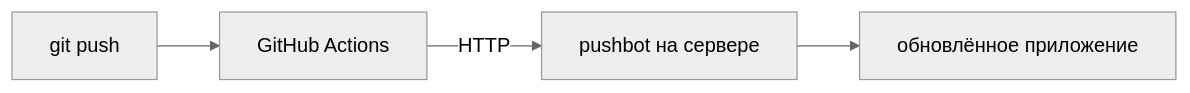
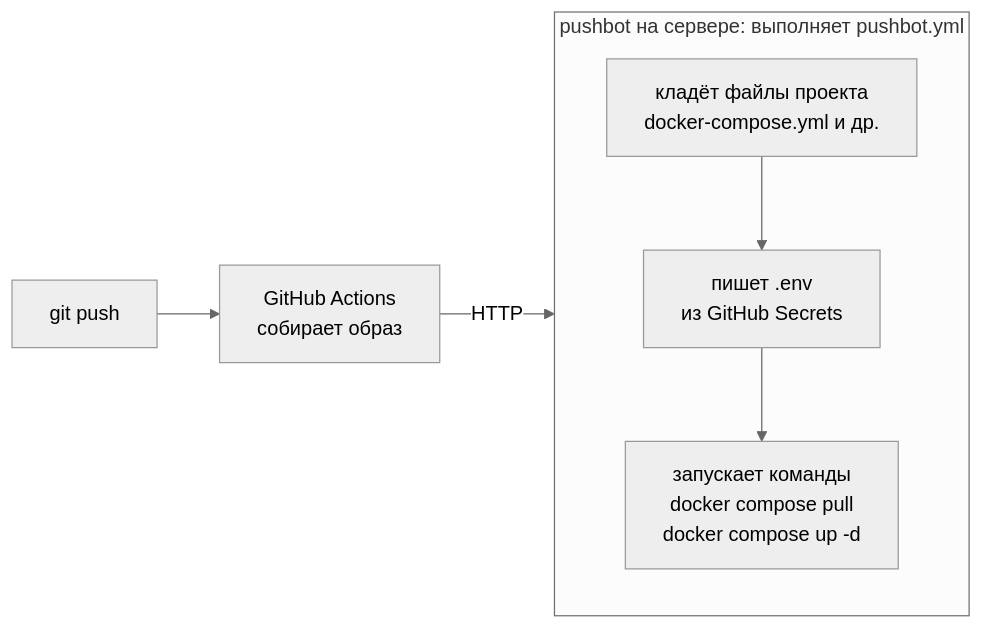
The diagram in README.md (nikitakiselev/pushbot), drawn with Mermaid (neutral theme) before and after one commit.

Commit message:
README: diagram shows what pushbot does
Claude-Session: https://claude.ai/code/session_011PvzNZ7EsDGdfVeAZ8LoCh

````diff
--- a/README.md
+++ b/README.md
@@ -9,6 +9,10 @@
 ```mermaid
 flowchart LR
-    A[git push] --> B[GitHub Actions]
-    B -->|HTTP| C[pushbot на сервере]
-    C --> D[обновлённое приложение]
+    A[git push] --> B["GitHub Actions<br/>собирает образ"]
+    B -->|HTTP| P
+    subgraph P["pushbot на сервере: выполняет pushbot.yml"]
+        direction TB
+        D["кладёт файлы проекта<br/>docker-compose.yml и др."] --> E["пишет .env<br/>из GitHub Secrets"]
+        E --> F["запускает команды<br/>docker compose pull<br/>docker compose up -d"]
+    end
 ```
````
